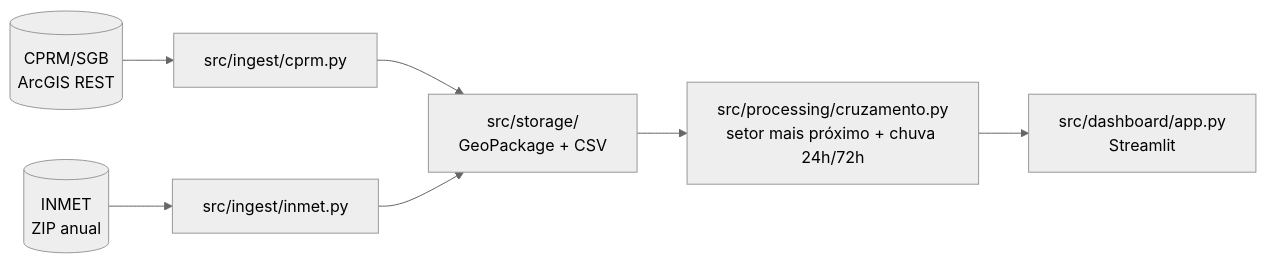
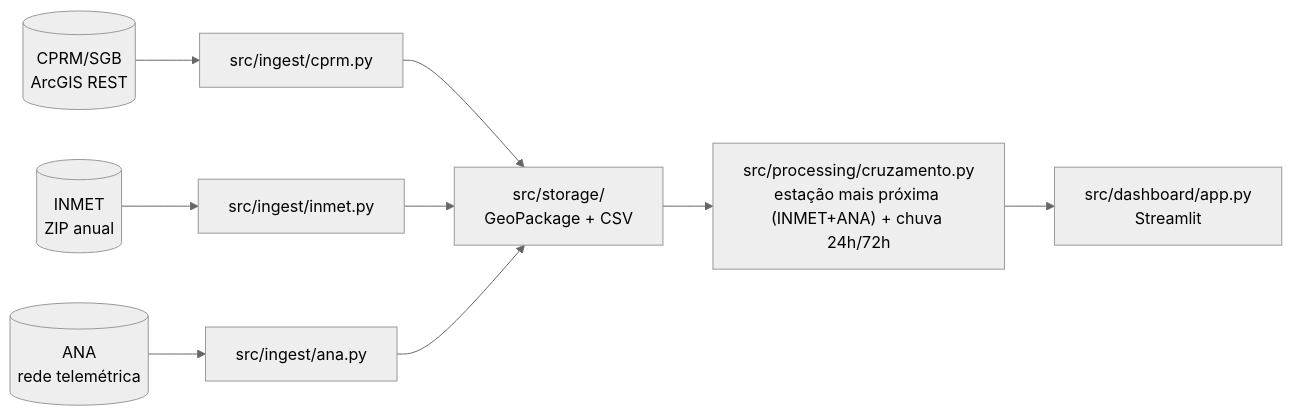
One commit to hcristosm/ORCA changed the diagram in README.md. Above: the diagram before and after it, drawn with Mermaid (neutral theme). The commit also changed other lines of this file, not shown here.

Commit message:
docs: document ANA integration in Fontes de dados, Arquitetura and Roadmap

````diff
--- a/README.md
+++ b/README.md
@@ -68,9 +69,11 @@
 ```mermaid
 flowchart LR
     CPRM[("CPRM/SGB<br/>ArcGIS REST")] --> ING1["src/ingest/cprm.py"]
     INMET[("INMET<br/>ZIP anual")] --> ING2["src/ingest/inmet.py"]
+    ANA[("ANA<br/>rede telemétrica")] --> ING3["src/ingest/ana.py"]
     ING1 --> STORE["src/storage/<br/>GeoPackage + CSV"]
     ING2 --> STORE
-    STORE --> PROC["src/processing/cruzamento.py<br/>setor mais próximo + chuva 24h/72h"]
+    ING3 --> STORE
+    STORE --> PROC["src/processing/cruzamento.py<br/>estação mais próxima (INMET+ANA) + chuva 24h/72h"]
     PROC --> DASH["src/dashboard/app.py<br/>Streamlit"]
 ```
````
